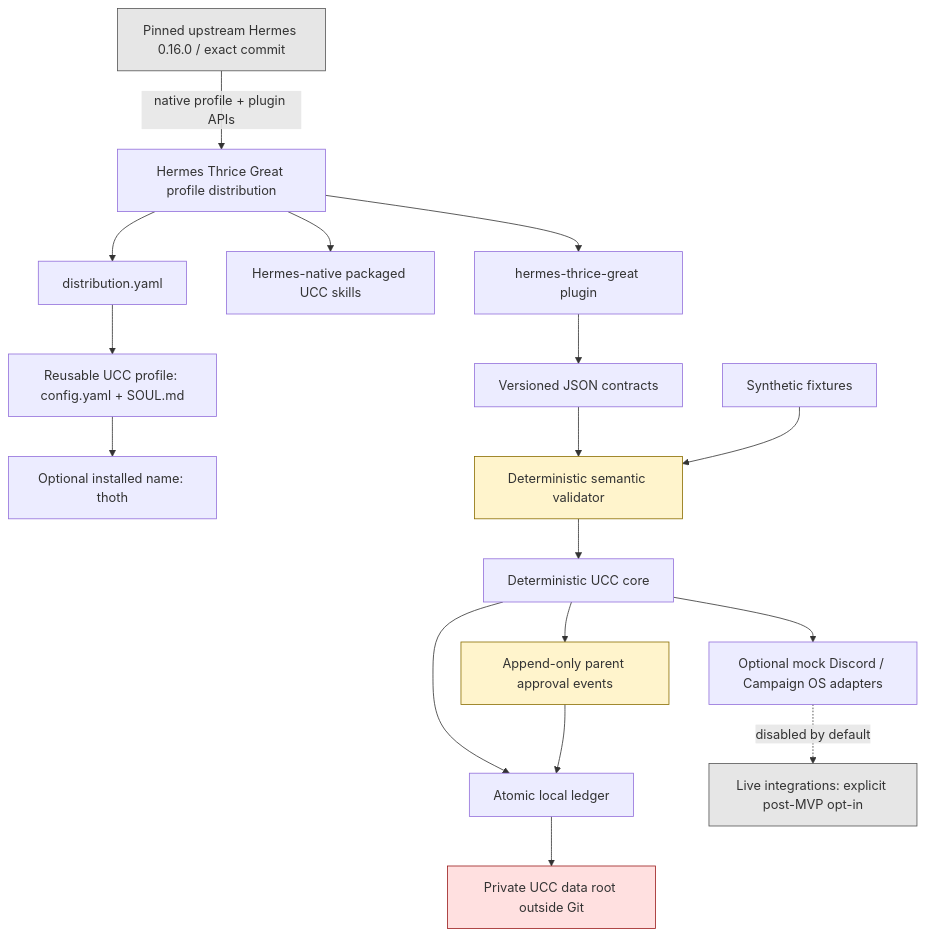
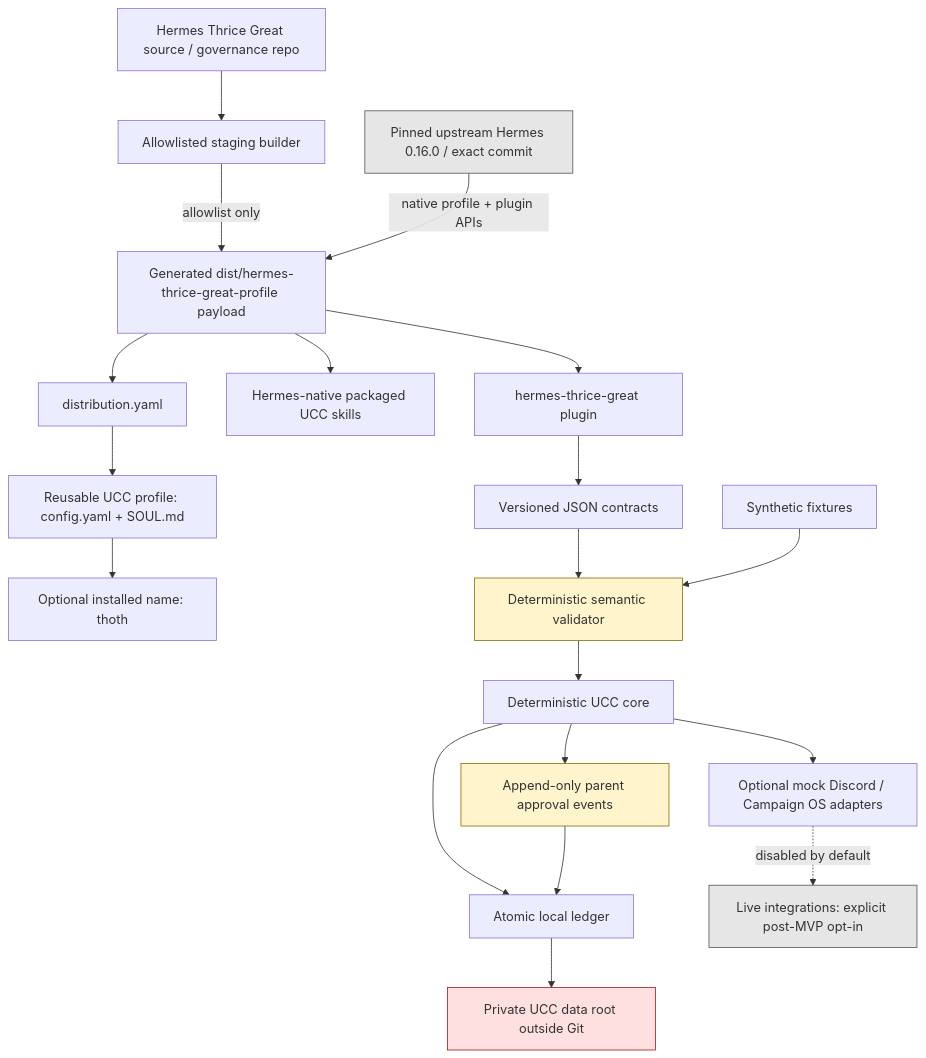
One commit to alanism/UCC-hermes-thrice-great-extension changed the diagram in docs/active/architecture.mmd. Above: the diagram before and after it, drawn with Mermaid. The commit also changed 16 other files, not shown here.

Commit message:
governance: adopt allowlisted Hermes staging payload

```diff
--- a/docs/active/architecture.mmd
+++ b/docs/active/architecture.mmd
@@ -1,41 +1,45 @@
 flowchart TD
     UP["Pinned upstream Hermes 0.16.0 / exact commit"]
-    DIST["Hermes Thrice Great profile distribution"]
+    SOURCE["Hermes Thrice Great source / governance repo"]
+    BUILDER["Allowlisted staging builder"]
+    DIST["Generated dist/hermes-thrice-great-profile payload"]
     MANIFEST["distribution.yaml"]
     PROFILE["Reusable UCC profile: config.yaml + SOUL.md"]
     ALIAS["Optional installed name: thoth"]
     SKILLS["Hermes-native packaged UCC skills"]
     PLUGIN["hermes-thrice-great plugin"]
     CONTRACTS["Versioned JSON contracts"]
     VALIDATOR["Deterministic semantic validator"]
     CORE["Deterministic UCC core"]
     APPROVAL["Append-only parent approval events"]
     LEDGER["Atomic local ledger"]
     DATA["Private UCC data root outside Git"]
     FIXTURES["Synthetic fixtures"]
     MOCKS["Optional mock Discord / Campaign OS adapters"]
     LIVE["Live integrations: explicit post-MVP opt-in"]
 
+    SOURCE --> BUILDER
+    BUILDER -->|"allowlist only"| DIST
     UP -->|"native profile + plugin APIs"| DIST
     DIST --> MANIFEST
     MANIFEST --> PROFILE
     PROFILE --> ALIAS
     DIST --> SKILLS
     DIST --> PLUGIN
     PLUGIN --> CONTRACTS
     CONTRACTS --> VALIDATOR
     VALIDATOR --> CORE
     CORE --> APPROVAL
     CORE --> LEDGER
     APPROVAL --> LEDGER
     LEDGER --> DATA
     FIXTURES --> VALIDATOR
     CORE --> MOCKS
     MOCKS -. "disabled by default" .-> LIVE
 
     classDef trust fill:#fff4cc,stroke:#8a6d00
     classDef private fill:#ffe0e0,stroke:#9b1c1c
     classDef external fill:#e6e6e6,stroke:#555
     class UP,LIVE external
     class VALIDATOR,APPROVAL trust
     class DATA private
```
